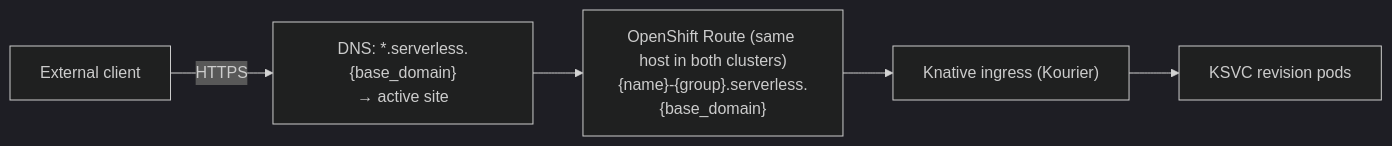
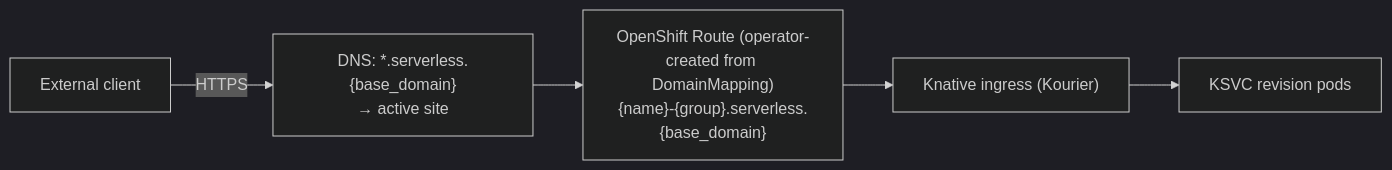
The fourth of 8 diagrams in docs/ARCHITECTURE.md (black-cloudlet/serverless), drawn with Mermaid (dark theme) before and after one commit. The commit also changed other lines of this file and 6 other files, not shown here.

First line of the commit message:
refactor: align with OpenShift Serverless Operator (operator-managed Routes)

````diff
--- a/docs/ARCHITECTURE.md
+++ b/docs/ARCHITECTURE.md
@@ -393,7 +394,7 @@
 ```mermaid
 flowchart LR
     Ext["External client"] -->|HTTPS| DNS["DNS: *.serverless.{base_domain}<br/>→ active site"]
-    DNS --> RT["OpenShift Route (same host in both clusters)<br/>{name}-{group}.serverless.{base_domain}"]
+    DNS --> RT["OpenShift Route (operator-created from DomainMapping)<br/>{name}-{group}.serverless.{base_domain}"]
     RT --> KIN["Knative ingress (Kourier)"]
     KIN --> KSVC["KSVC revision pods"]
 ```
````
